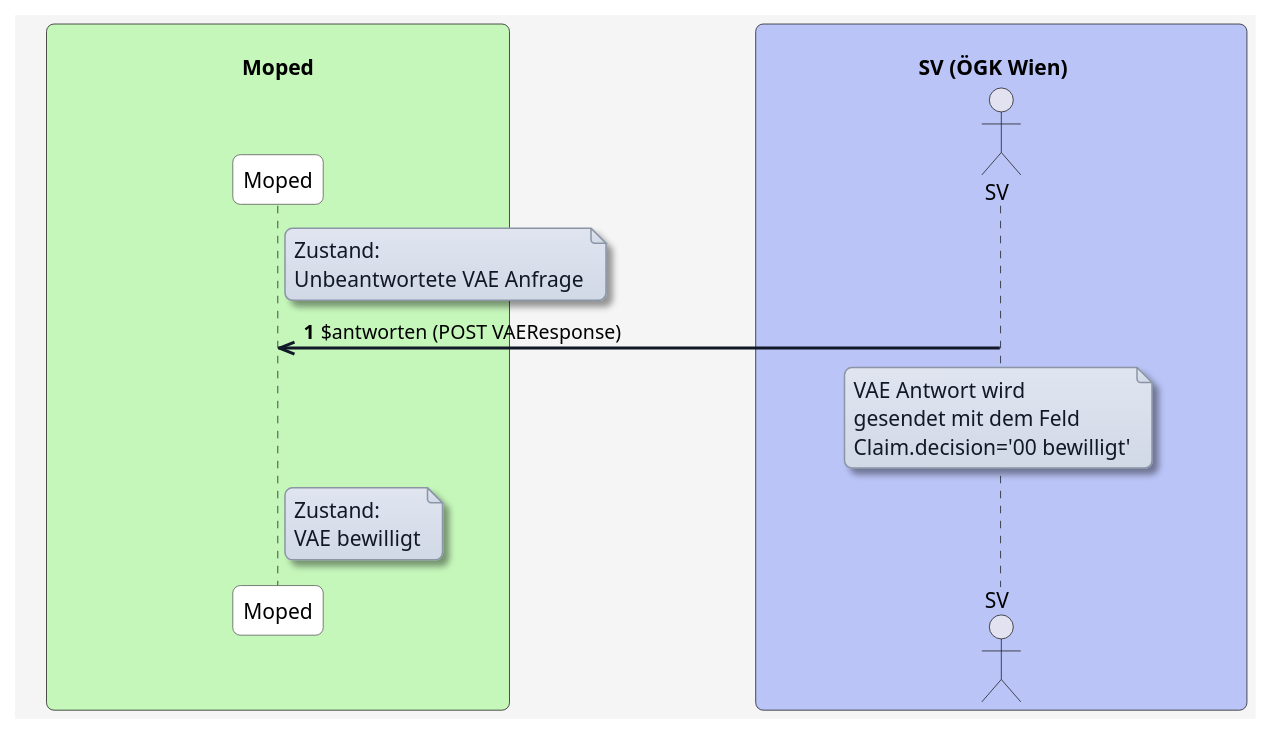
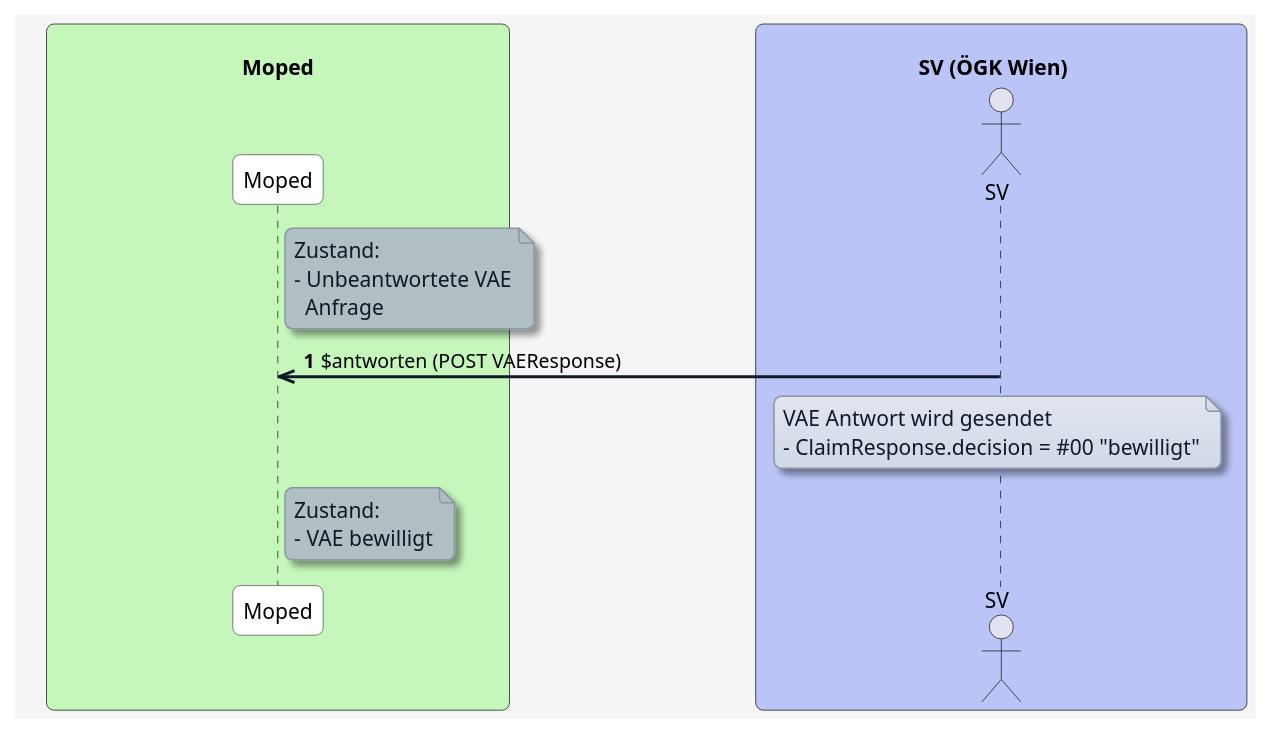
One commit to HL7Austria/ELGA-MOPED-R5 changed the diagram in input/images-source/antworten-positiv.plantuml. Above: the diagram before and after it, drawn with PlantUML. The commit also changed 8 other files, not shown here.

```diff
--- a/input/images-source/antworten-positiv.plantuml
+++ b/input/images-source/antworten-positiv.plantuml
@@ -1,64 +1,69 @@
 @startuml
 skinparam borderColor #000000
 skinparam backgroundColor #f5f5f5
 skinparam shadowing false
 skinparam roundCorner 10
 skinparam defaultFontName "Arial"
 skinparam defaultFontSize 14
 skinparam defaultFontColor #000000
 
 skinparam note {
   BackgroundColor #e0e5f0-#d1d9e6
   BorderColor #8b95a5
   BorderThickness 1
   RoundCorner 8
   Padding 6
   FontColor #111827
   Shadowing true
 }
 
 skinparam HyperlinkColor #0000EE
 skinparam HyperlinkUnderline false
 
 skinparam sequence {
   ParticipantBorderColor #555555
   ParticipantBackgroundColor #ffffff
   ParticipantFontColor #000000
   ParticipantFontSize 14
   ParticipantPadding 20
   ArrowColor #111827
   ArrowThickness 2
   ArrowFontColor #000000
   ArrowFontSize 13
   GroupBorderColor #111827
   GroupBackgroundColor #f3f4f6
   GroupBorderThickness 1
 }
 
 skinparam BoxPadding 20
 skinparam BoxBorderColor #555555
 
 box "\n                                   Moped                                   " #c5f7ba
   participant MP as "Moped"
 end box
 
 box "\n                             SV (ÖGK Wien)                                " #bac4f7
   actor SV as "SV"
 end box
 
 autonumber
 
-note right of MP
+note right of MP #b2bfc2
 Zustand:
-Unbeantwortete VAE Anfrage
+- Unbeantwortete VAE
+  Anfrage
 end note
 
 SV ->> MP: $antworten (POST VAEResponse)
-Note over SV: VAE Antwort wird\ngesendet mit dem Feld \nClaim.decision='00 bewilligt'
 
-note right of MP
+note over SV
+VAE Antwort wird gesendet
+- ClaimResponse.decision = #00 "bewilligt"
+end note
+
+note right of MP #b2bfc2
 Zustand:
-VAE bewilligt
+- VAE bewilligt
 end note
 
 @enduml
```
